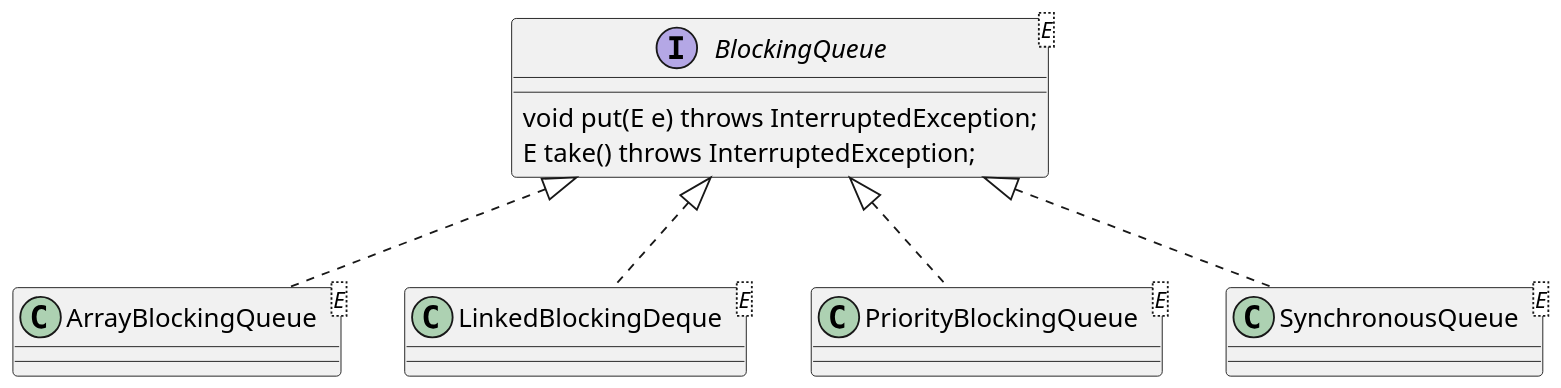
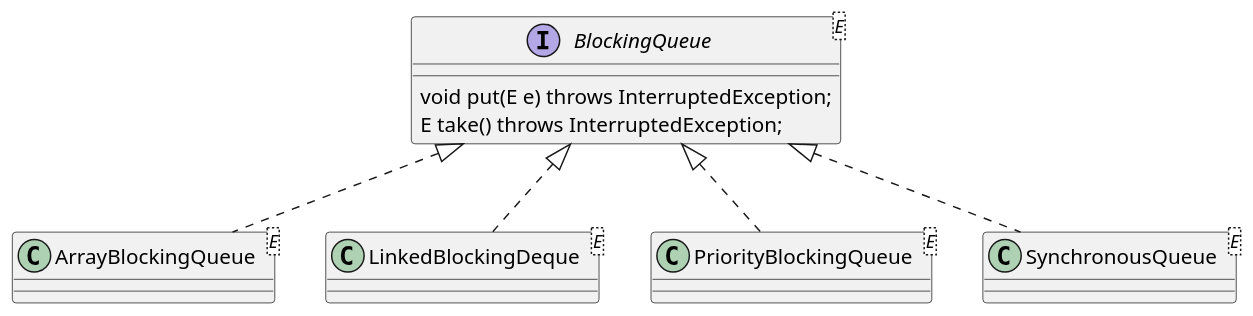
The first of 2 diagrams in slides/slides11/src/main/asciidoc/lecture.adoc (inponomarev/java-mipt), drawn with PlantUML before and after one commit. The commit also changed other lines of this file, not shown here.

```diff
--- a/slides/slides11/src/main/asciidoc/lecture.adoc
+++ b/slides/slides11/src/main/asciidoc/lecture.adoc
@@ -271,22 +271,22 @@
 [plantuml, blockingqueue, png]
 ----
 @startuml
 
-skinparam dpi 150 
+skinparam dpi 120 
 
 interface BlockingQueue<E> {
   void put(E e) throws InterruptedException;
   E take() throws InterruptedException;
 }
 
 class ArrayBlockingQueue<E>
 class LinkedBlockingDeque<E>
 class PriorityBlockingQueue<E>
 class SynchronousQueue<E>
 
 BlockingQueue <|.. ArrayBlockingQueue
 BlockingQueue <|.. LinkedBlockingDeque
 BlockingQueue <|.. PriorityBlockingQueue
 BlockingQueue <|.. SynchronousQueue
 @enduml
 ----
```
